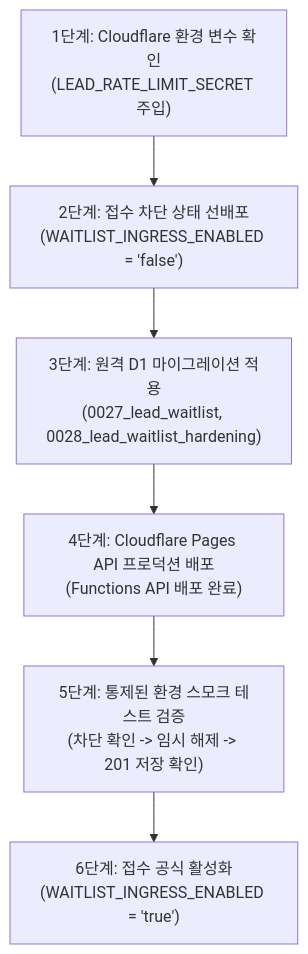
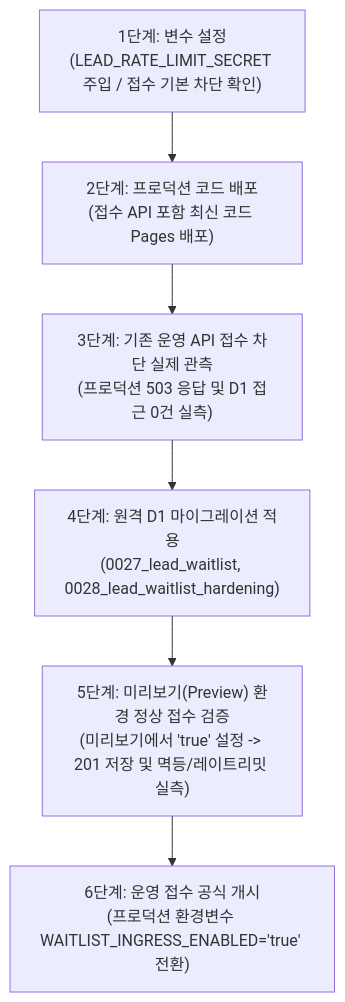
One commit to neo-alpha-research/etf-campus changed the diagram in docs/waitlist-operation-policy.md. Above: the diagram before and after it, drawn with Mermaid. The commit also changed other lines of this file and 3 other files, not shown here.

Commit message:
fix(lead): enforce WAITLIST_INGRESS_ENABLED === 'true' strictly and update operational policy

````diff
--- a/docs/waitlist-operation-policy.md
+++ b/docs/waitlist-operation-policy.md
@@ -105,8 +105,8 @@
 ```mermaid
 flowchart TD
-    S1["1단계: Cloudflare 환경 변수 확인\n(LEAD_RATE_LIMIT_SECRET 주입)"] --> S2["2단계: 접수 차단 상태 선배포\n(WAITLIST_INGRESS_ENABLED = 'false')"]
-    S2 --> S3["3단계: 원격 D1 마이그레이션 적용\n(0027_lead_waitlist, 0028_lead_waitlist_hardening)"]
-    S3 --> S4["4단계: Cloudflare Pages API 프로덕션 배포\n(Functions API 배포 완료)"]
-    S4 --> S5["5단계: 통제된 환경 스모크 테스트 검증\n(차단 확인 -> 임시 해제 -> 201 저장 확인)"]
-    S5 --> S6["6단계: 접수 공식 활성화\n(WAITLIST_INGRESS_ENABLED = 'true')"]
+    S1["1단계: 변수 설정\n(LEAD_RATE_LIMIT_SECRET 주입 / 접수 기본 차단 확인)"] --> S2["2단계: 프로덕션 코드 배포\n(접수 API 포함 최신 코드 Pages 배포)"]
+    S2 --> S3["3단계: 기존 운영 API 접수 차단 실제 관측\n(프로덕션 503 응답 및 D1 접근 0건 실측)"]
+    S3 --> S4["4단계: 원격 D1 마이그레이션 적용\n(0027_lead_waitlist, 0028_lead_waitlist_hardening)"]
+    S4 --> S5["5단계: 미리보기(Preview) 환경 정상 접수 검증\n(미리보기에서 'true' 설정 -> 201 저장 및 멱등/레이트리밋 실측)"]
+    S5 --> S6["6단계: 운영 접수 공식 개시\n(프로덕션 환경변수 WAITLIST_INGRESS_ENABLED='true' 전환)"]
 ```
````
